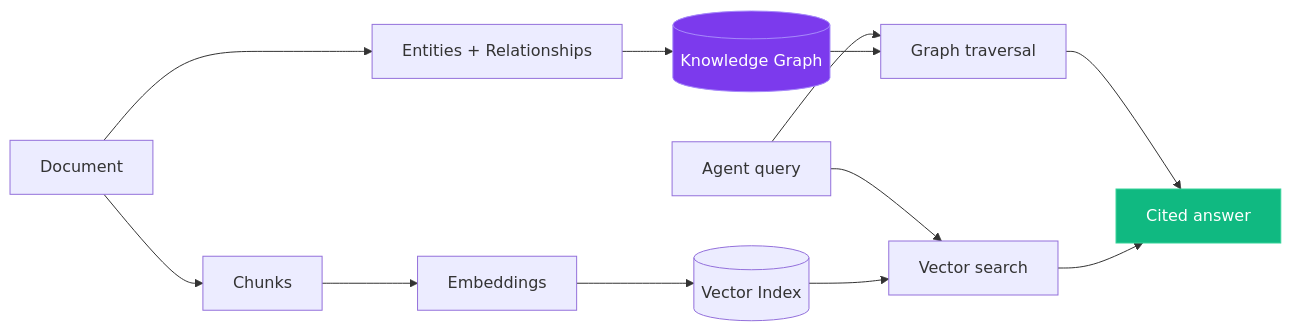
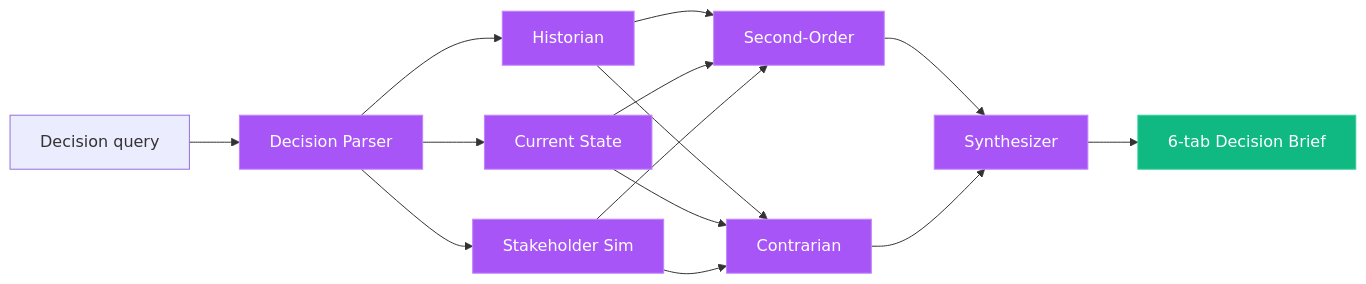
The first of 4 diagrams in README.md (sarkar4777/abenix), drawn with Mermaid before and after one commit. The commit also changed other lines of this file and 94 other files, not shown here.

````diff
--- a/README.md
+++ b/README.md
@@ -162,17 +151,21 @@
 ```mermaid
 flowchart LR
-    DOC[Document] --> CHUNK[Chunks]
-    CHUNK --> EMB[Embeddings]
-    DOC --> ENT[Entities + Relationships]
-    ENT --> GRAPH[(Knowledge Graph)]
-    EMB --> VEC[(Vector Index)]
-    Q[Agent query] --> GR[Graph traversal]
-    Q --> VR[Vector search]
-    GR --> ANS[Cited answer]
-    VR --> ANS
-    GRAPH --> GR
-    VEC --> VR
+    Q[Decision query] --> DP[Decision Parser]
+    DP --> H[Historian]
+    DP --> CS[Current State]
+    DP --> SS[Stakeholder Sim]
+    H --> SO[Second-Order]
+    CS --> SO
+    SS --> SO
+    H --> CN[Contrarian]
+    CS --> CN
+    SS --> CN
+    SO --> SY[Synthesizer]
+    CN --> SY
+    SY --> BRIEF[6-tab Decision Brief]
 
-    style GRAPH fill:#7c3aed,stroke:#a78bfa,color:#fff
-    style ANS fill:#10b981,stroke:#34d399,color:#fff
+    classDef agent fill:#a855f7,stroke:#c084fc,color:#fff;
+    classDef out fill:#10b981,stroke:#34d399,color:#fff;
+    class DP,H,CS,SS,SO,CN,SY agent;
+    class BRIEF out;
 ```
````
